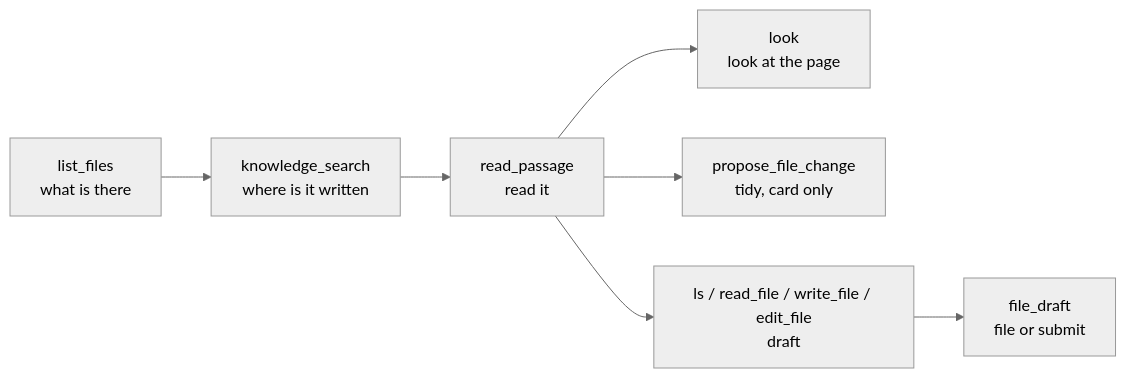
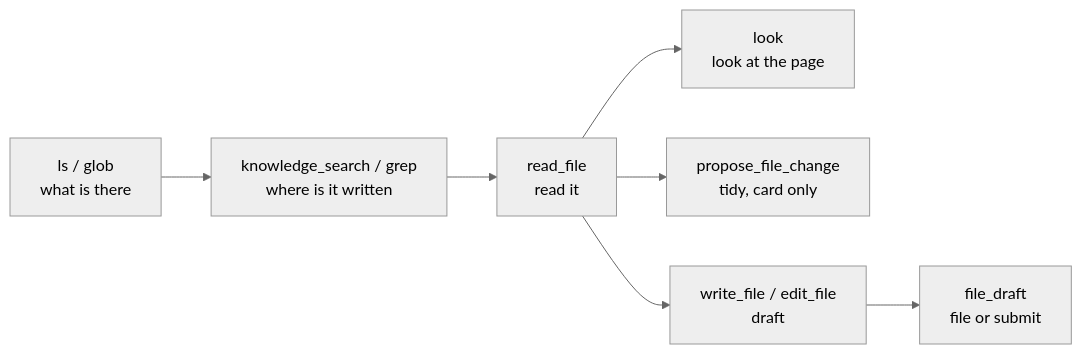
The diagram in docs/architecture/agent-tool-surface.md (GRID-check/archos), drawn with Mermaid (neutral theme) before and after one commit. The commit also changed other lines of this file and 89 other files, not shown here.

````diff
--- a/docs/architecture/agent-tool-surface.md
+++ b/docs/architecture/agent-tool-surface.md
@@ -72,9 +72,9 @@
 ```mermaid
 flowchart LR
-  L[list_files<br/>what is there] --> S[knowledge_search<br/>where is it written]
-  S --> R[read_passage<br/>read it]
+  L[ls / glob<br/>what is there] --> S[knowledge_search / grep<br/>where is it written]
+  S --> R[read_file<br/>read it]
   R --> V[look<br/>look at the page]
   R --> P[propose_file_change<br/>tidy, card only]
-  R --> W[ls / read_file / write_file / edit_file<br/>draft]
+  R --> W[write_file / edit_file<br/>draft]
   W --> F[file_draft<br/>file or submit]
 ```
````
